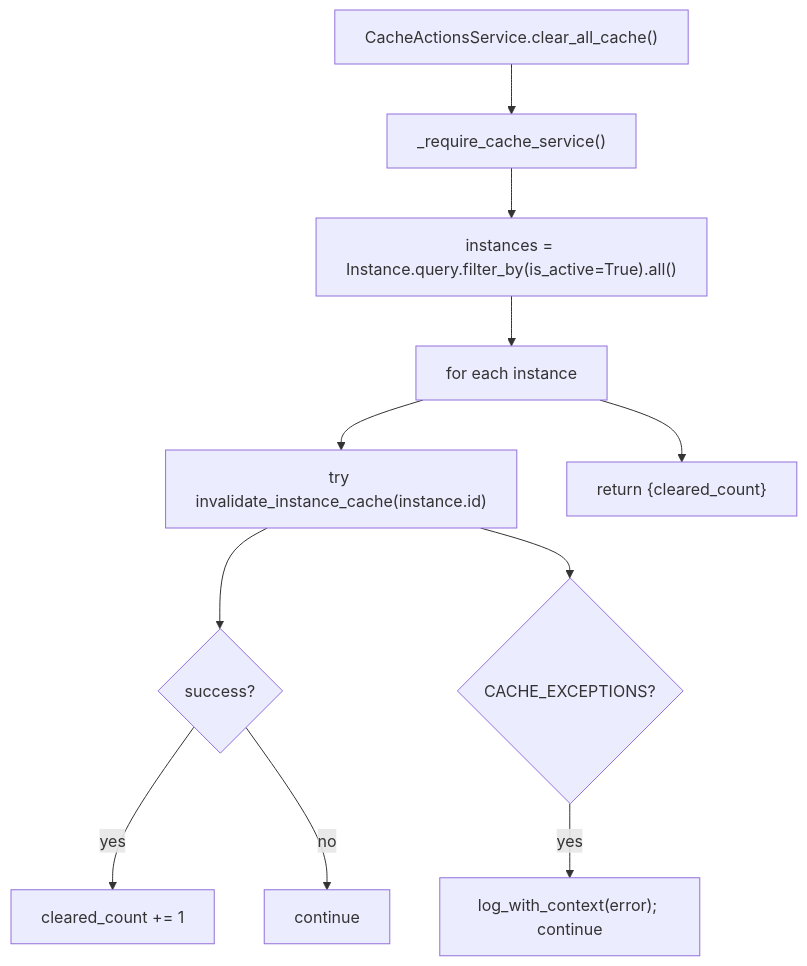
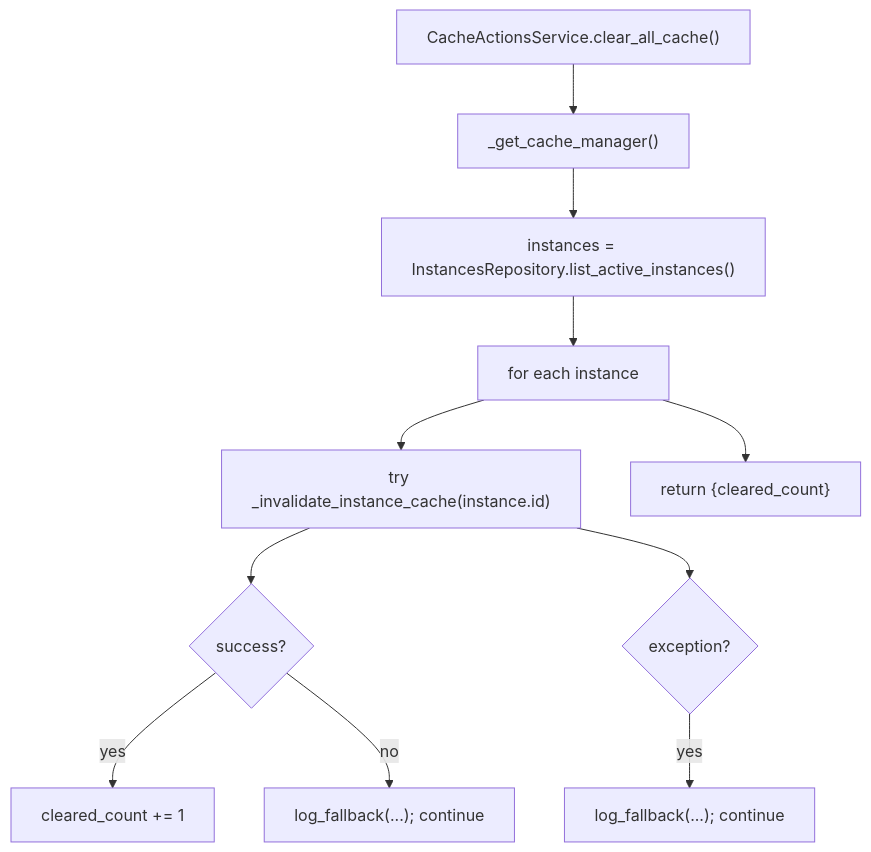
The first of 2 diagrams in docs/Obsidian/reference/service/cache-services.md (nyealovey/WhaleFall), drawn with Mermaid before and after one commit. The commit also changed other lines of this file and 16 other files, not shown here.

````diff
--- a/docs/Obsidian/reference/service/cache-services.md
+++ b/docs/Obsidian/reference/service/cache-services.md
@@ -65,13 +77,13 @@
 ```mermaid
 flowchart TB
-    A["CacheActionsService.clear_all_cache()"] --> B["_require_cache_service()"]
-    B --> C["instances = Instance.query.filter_by(is_active=True).all()"]
+    A["CacheActionsService.clear_all_cache()"] --> B["_get_cache_manager()"]
+    B --> C["instances = InstancesRepository.list_active_instances()"]
     C --> D["for each instance"]
-    D --> E["try invalidate_instance_cache(instance.id)"]
+    D --> E["try _invalidate_instance_cache(instance.id)"]
     E --> F{success?}
     F -- yes --> G["cleared_count += 1"]
-    F -- no --> H["continue"]
-    E --> I{CACHE_EXCEPTIONS?}
-    I -- yes --> J["log_with_context(error); continue"]
+    F -- no --> H["log_fallback(...); continue"]
+    E --> I{exception?}
+    I -- yes --> J["log_fallback(...); continue"]
     D --> K["return {cleared_count}"]
 ```
````
